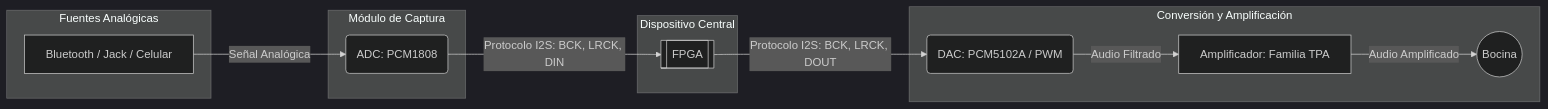
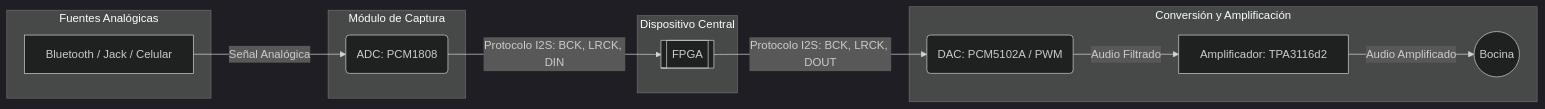
The first of 2 diagrams in README.md (AxelCasas/Proyecto_VLSI), drawn with Mermaid (dark theme) before and after one commit.

````diff
--- a/README.md
+++ b/README.md
@@ -24,26 +24,26 @@
 ```mermaid
 graph LR
     subgraph Entrada["Fuentes Analógicas"]
         A[Bluetooth / Jack / Celular]
     end
 
     subgraph Adquisicion["Módulo de Captura"]
         B(ADC: PCM1808)
     end
 
     subgraph Procesamiento["Dispositivo Central"]
         C[[FPGA]]
     end
 
     subgraph Salida["Conversión y Amplificación"]
         D(DAC: PCM5102A / PWM)
-        E[Amplificador: Familia TPA]
+        E[Amplificador: TPA3116d2]
         F((Bocina))
     end
 
     A -->|Señal Analógica| B
     B -->|Protocolo I2S: BCK, LRCK, DIN| C
     C -->|Protocolo I2S: BCK, LRCK, DOUT| D
     D -->|Audio Filtrado| E
     E -->|Audio Amplificado| F
 ```
````
